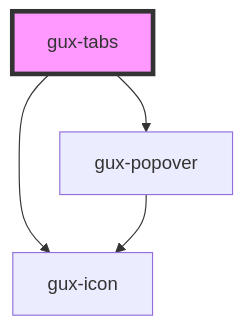
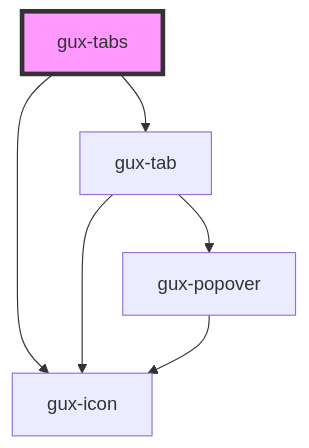
The diagram in src/components/gux-tabs/readme.md (MyPureCloud/genesys-spark), drawn with Mermaid before and after one commit. The commit also changed other lines of this file and 11 other files, not shown here.

Commit message:
feat(gux-tabs): extract individual tab into its own component

````diff
--- a/src/components/gux-tabs/readme.md
+++ b/src/components/gux-tabs/readme.md
@@ -16,7 +16,9 @@
 ```mermaid
 graph TD;
+  gux-tabs --> gux-tab
   gux-tabs --> gux-icon
-  gux-tabs --> gux-popover
+  gux-tab --> gux-icon
+  gux-tab --> gux-popover
   gux-popover --> gux-icon
   style gux-tabs fill:#f9f,stroke:#333,stroke-width:4px
 ```
````
